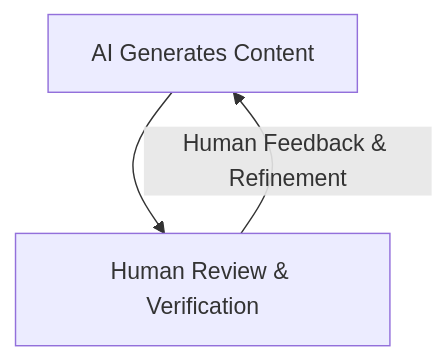
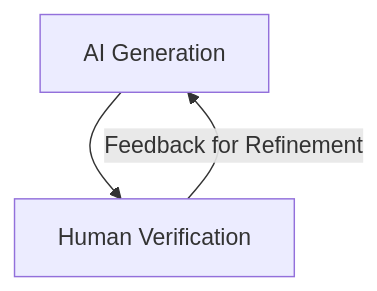
Before and after one commit to iusztinpaul/agentic-ai-engineering-course-data: the second of 9 diagrams in data/inputs/tests/02_sample_medium/article.md, drawn with Mermaid. The commit also changed other lines of this file and 3 other files, not shown here.

````diff
--- a/data/inputs/tests/02_sample_medium/article.md
+++ b/data/inputs/tests/02_sample_medium/article.md
@@ -71,7 +80,5 @@
 ```mermaid
 graph TD
-    A["AI Generates Content"]
-    B["Human Review & Verification"]
-    A --> B
-    B -->|Human Feedback & Refinement| A
+    A["AI Generation"] --> B["Human Verification"]
+    B -->|Feedback for Refinement| A
 ```
````
